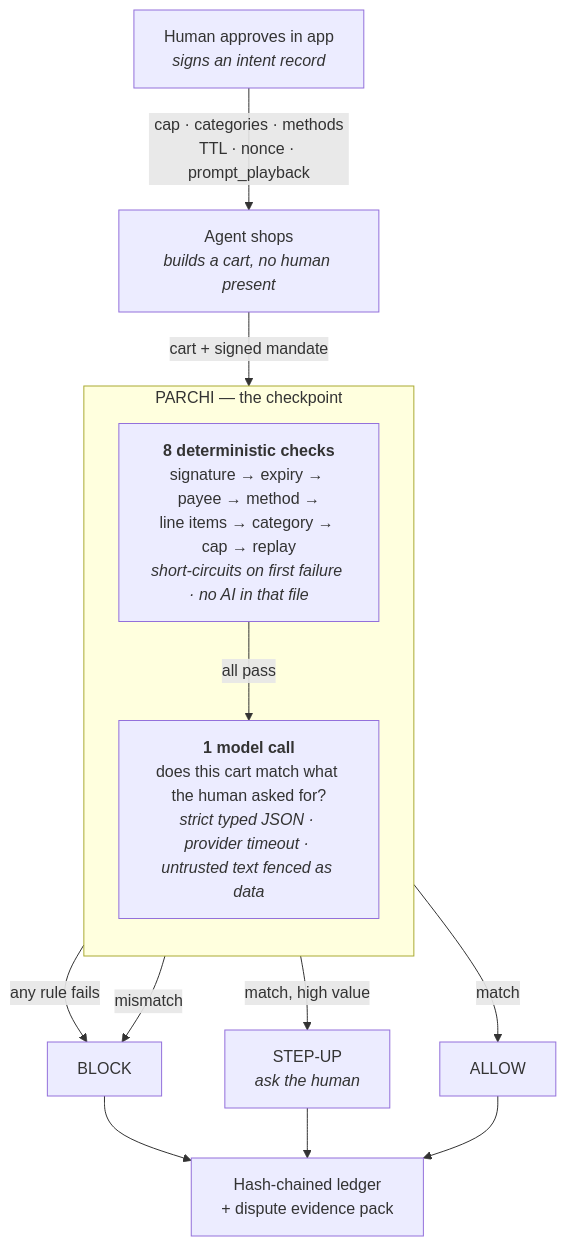
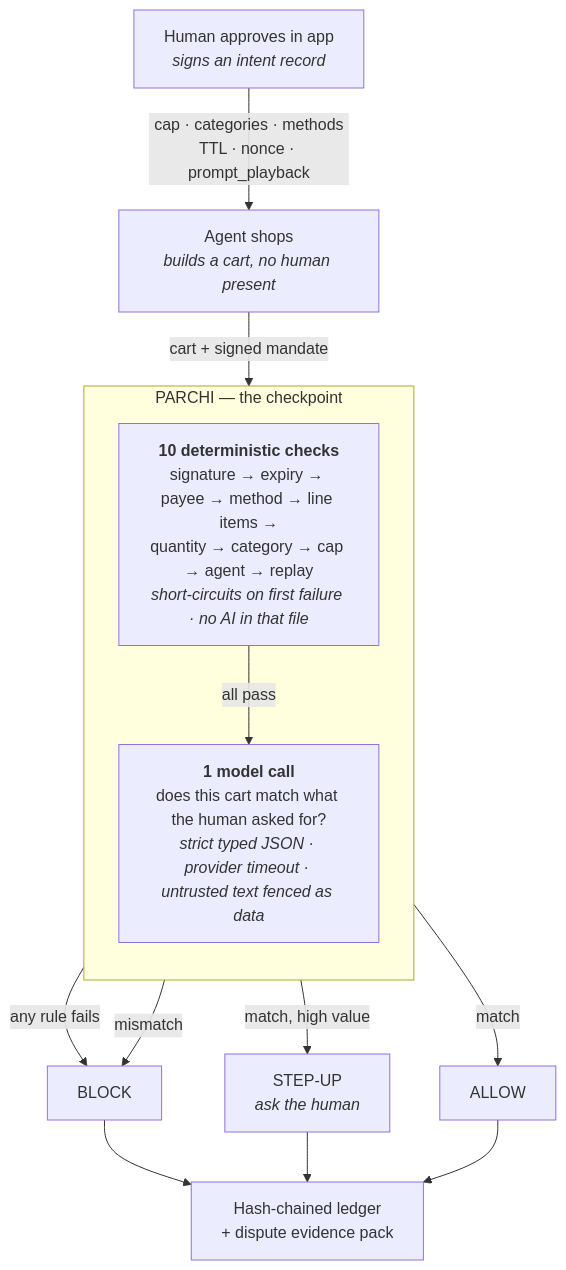
One commit to DarkBird10020/parchi changed the diagram in README.md. Above: the diagram before and after it, drawn with Mermaid. The commit also changed other lines of this file and 23 other files, not shown here.

````diff
--- a/README.md
+++ b/README.md
@@ -105,20 +111,20 @@
 ```mermaid
 flowchart TD
     H["Human approves in app<br/><i>signs an intent record</i>"] -->|"cap · categories · methods<br/>TTL · nonce · prompt_playback"| A
     A["Agent shops<br/><i>builds a cart, no human present</i>"] -->|"cart + signed mandate"| R
 
     subgraph P["PARCHI — the checkpoint"]
         direction TB
-        R["<b>8 deterministic checks</b><br/>signature → expiry → payee → method →<br/>line items → category → cap → replay<br/><i>short-circuits on first failure · no AI in that file</i>"]
+        R["<b>10 deterministic checks</b><br/>signature → expiry → payee → method → line items →<br/>quantity → category → cap → agent → replay<br/><i>short-circuits on first failure · no AI in that file</i>"]
         R -->|all pass| M["<b>1 model call</b><br/>does this cart match what the human asked for?<br/><i>strict typed JSON · provider timeout · untrusted text fenced as data</i>"]
     end
 
     R -->|any rule fails| BLOCK["BLOCK"]
     M -->|mismatch| BLOCK
     M -->|match, high value| STEP["STEP-UP<br/><i>ask the human</i>"]
     M -->|match| ALLOW["ALLOW"]
 
     BLOCK --> L["Hash-chained ledger<br/>+ dispute evidence pack"]
     STEP --> L
     ALLOW --> L
 ```
````
